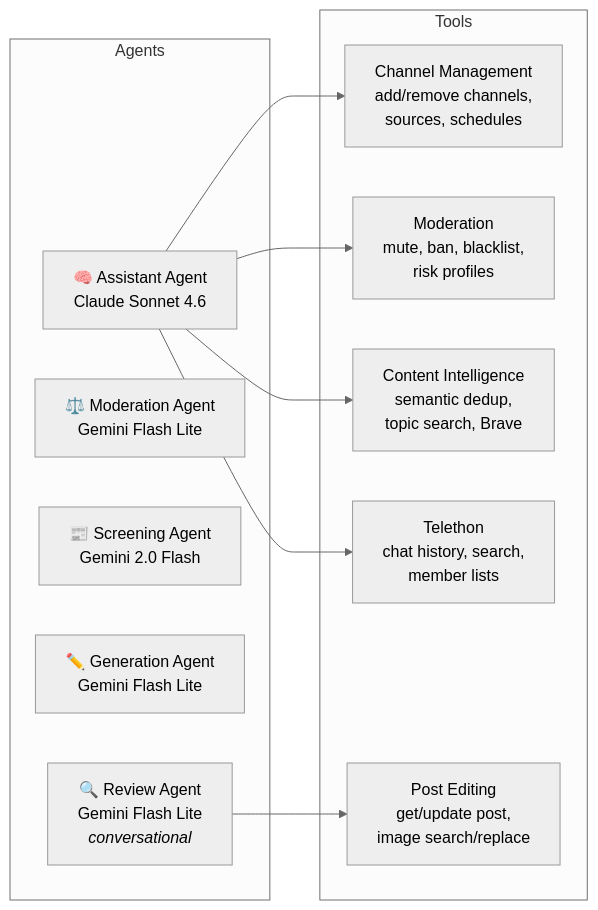
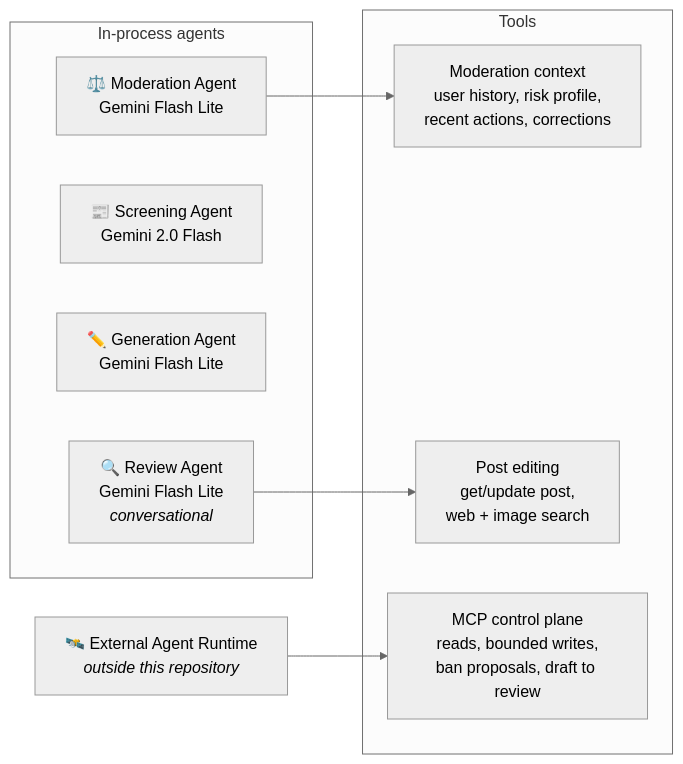
One commit to vsem-azamat/supervisor-telegram changed the second of 4 diagrams in README.md. Above: the diagram before and after it, drawn with Mermaid (neutral theme). The commit also changed other lines of this file and 49 other files, not shown here.

````diff
--- a/README.md
+++ b/README.md
@@ -102,24 +103,21 @@
 ```mermaid
 graph LR
-    subgraph Agents
-        A1["🧠 Assistant Agent<br/>Claude Sonnet 4.6"]
+    Runtime["🛰️ External Agent Runtime<br/><i>outside this repository</i>"]
+
+    subgraph Agents["In-process agents"]
         A2["⚖️ Moderation Agent<br/>Gemini Flash Lite"]
         A3["📰 Screening Agent<br/>Gemini 2.0 Flash"]
         A4["✏️ Generation Agent<br/>Gemini Flash Lite"]
         A5["🔍 Review Agent<br/>Gemini Flash Lite<br/><i>conversational</i>"]
     end
 
     subgraph Tools["Tools"]
-        T1["Channel Management<br/>add/remove channels,<br/>sources, schedules"]
-        T2["Moderation<br/>mute, ban, blacklist,<br/>risk profiles"]
-        T3["Content Intelligence<br/>semantic dedup,<br/>topic search, Brave"]
-        T4["Telethon<br/>chat history, search,<br/>member lists"]
-        T5["Post Editing<br/>get/update post,<br/>image search/replace"]
+        T2["Moderation context<br/>user history, risk profile,<br/>recent actions, corrections"]
+        T5["Post editing<br/>get/update post,<br/>web + image search"]
+        T6["MCP control plane<br/>reads, bounded writes,<br/>ban proposals, draft to review"]
     end
 
-    A1 --> T1
-    A1 --> T2
-    A1 --> T3
-    A1 --> T4
+    A2 --> T2
     A5 --> T5
+    Runtime --> T6
 ```
````
